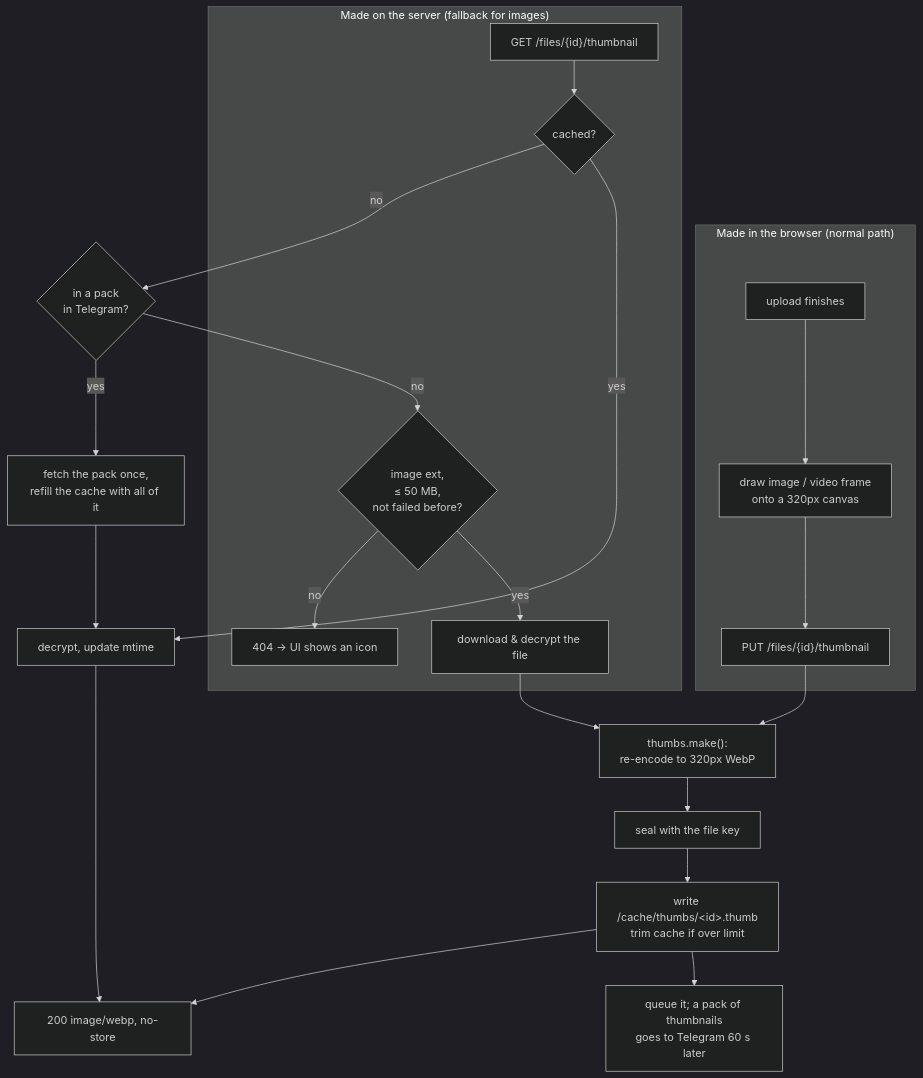
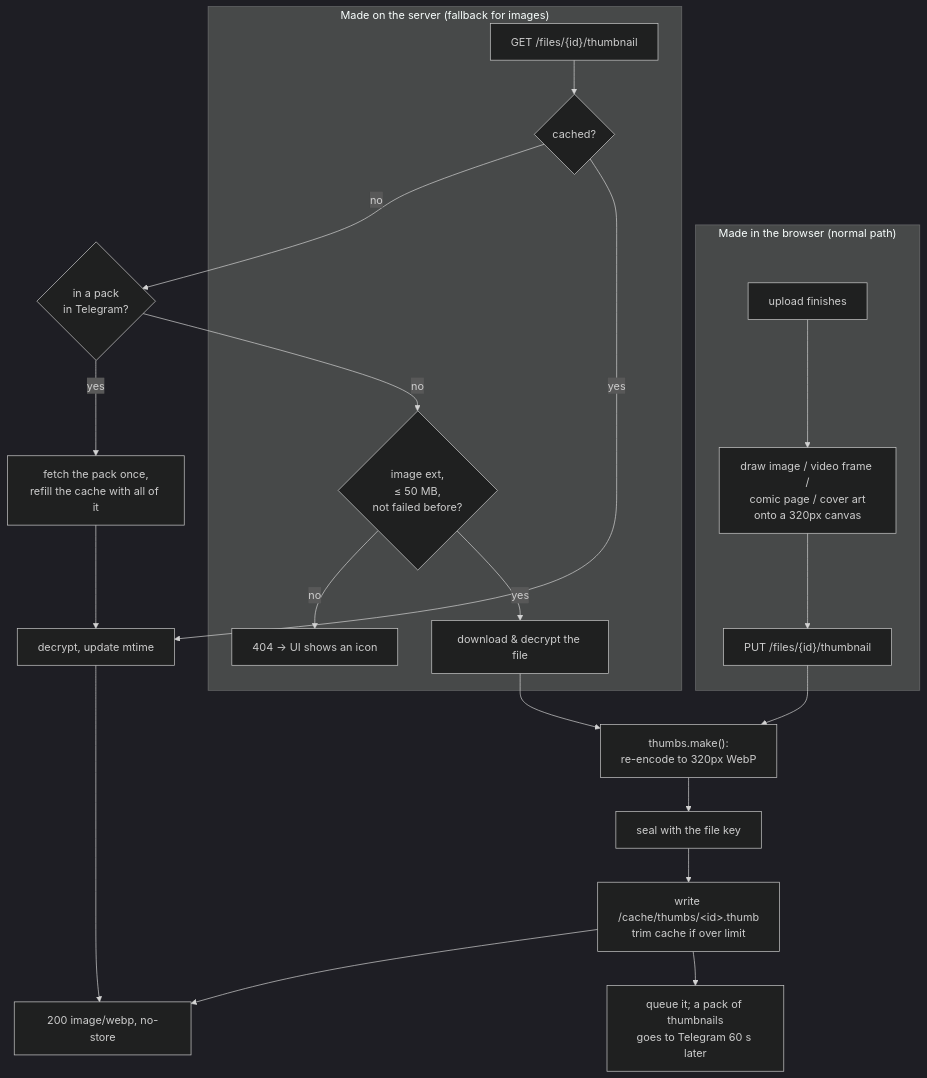
One commit to iusekarma/tgdrive changed the ninth of 11 diagrams in docs/flows.md. Above: the diagram before and after it, drawn with Mermaid (dark theme). The commit also changed other lines of this file and 19 other files, not shown here.

````diff
--- a/docs/flows.md
+++ b/docs/flows.md
@@ -250,21 +250,21 @@
 ```mermaid
 flowchart TD
     subgraph BR["Made in the browser (normal path)"]
-        U1["upload finishes"] --> U2["draw image / video frame<br/>onto a 320px canvas"] --> U3["PUT /files/{id}/thumbnail"]
+        U1["upload finishes"] --> U2["draw image / video frame /<br/>comic page / cover art<br/>onto a 320px canvas"] --> U3["PUT /files/{id}/thumbnail"]
     end
     subgraph SV["Made on the server (fallback for images)"]
         G1["GET /files/{id}/thumbnail"] --> G2{"cached?"}
         G3{"image ext,<br/>≤ 50 MB,<br/>not failed before?"}
         G3 -- no --> G404["404 → UI shows an icon"]
         G3 -- yes --> G4["download & decrypt the file"]
     end
     U3 --> M
     G4 --> M["thumbs.make():<br/>re-encode to 320px WebP"]
     M --> E["seal with the file key"] --> W["write /cache/thumbs/&lt;id&gt;.thumb<br/>trim cache if over limit"]
     G2 -- no --> TG{"in a pack<br/>in Telegram?"}
     TG -- yes --> P["fetch the pack once,<br/>refill the cache with all of it"] --> D
     TG -- no --> G3
     G2 -- yes --> D["decrypt, update mtime"] --> OUT["200 image/webp, no-store"]
     W --> OUT
     W --> Q["queue it; a pack of thumbnails<br/>goes to Telegram 60 s later"]
 ```
````
